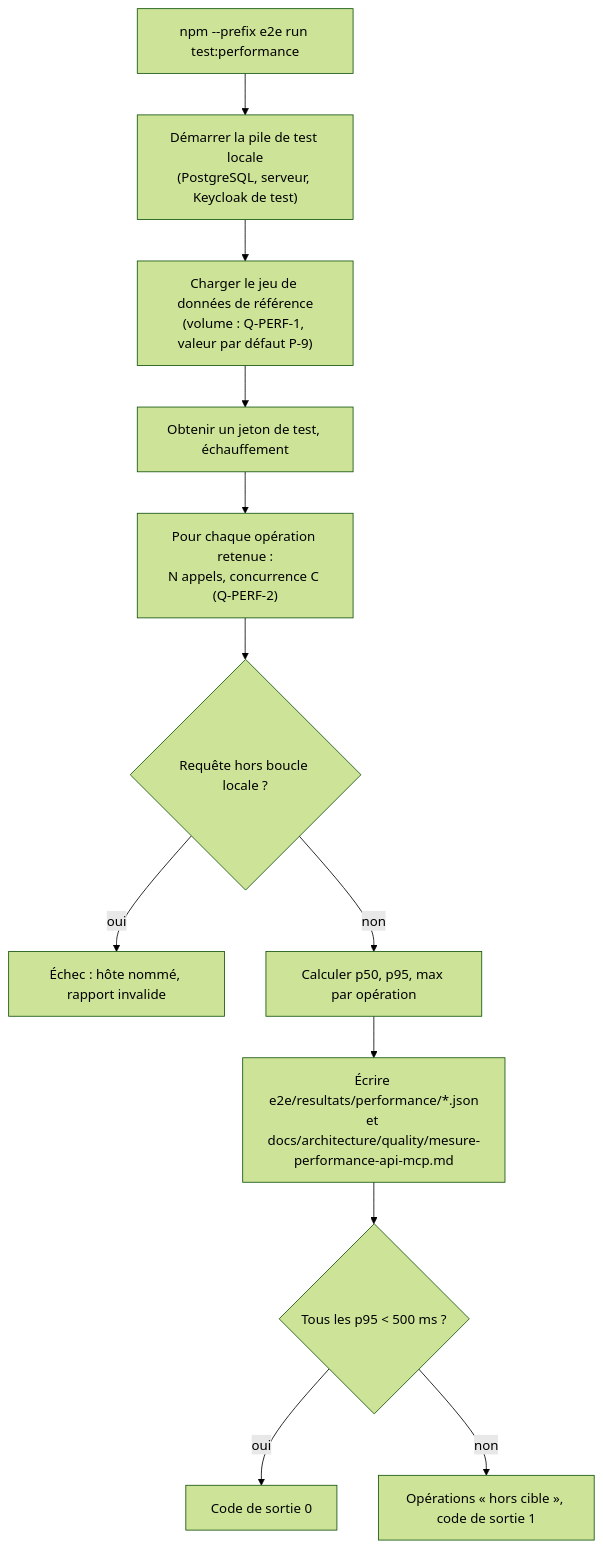
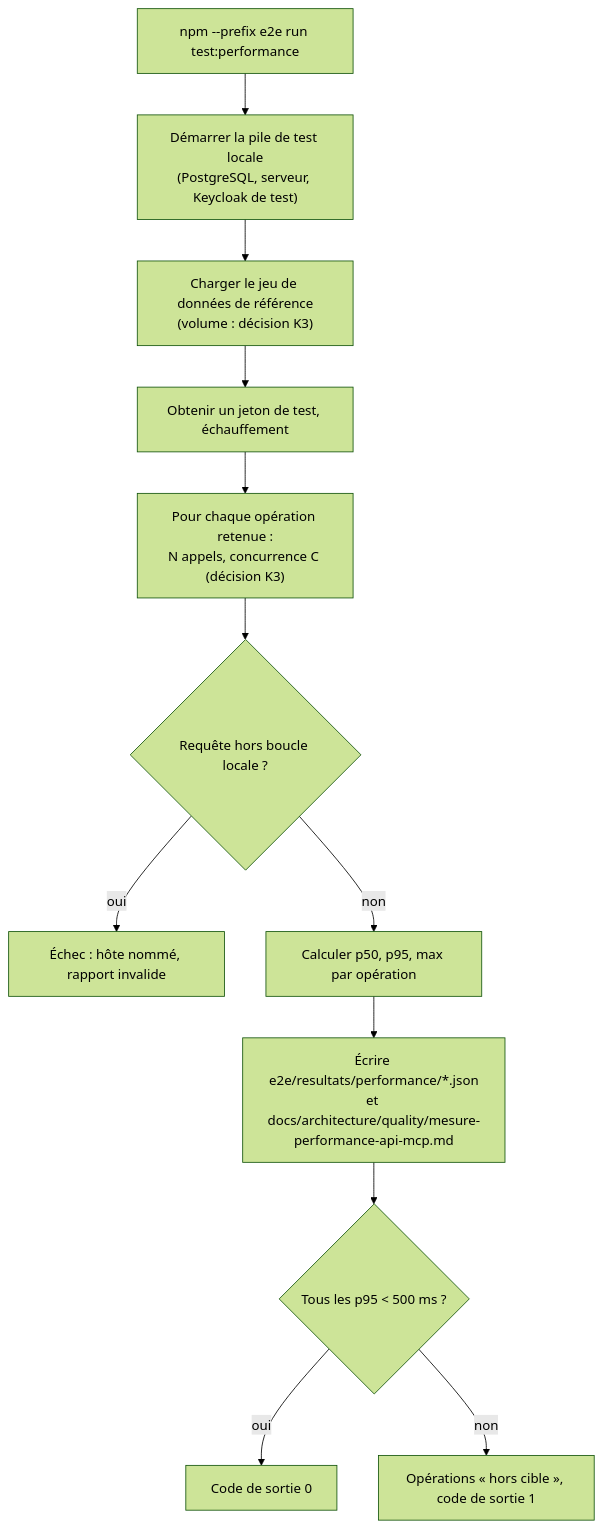
Before and after one commit to FTurleque/argos-tech-platform: the ninth of 9 diagrams in openspec/changes/automatiser-chaine-veille/design.md, drawn with Mermaid (forest theme). The commit also changed other lines of this file and 3 other files, not shown here.

````diff
--- a/openspec/changes/automatiser-chaine-veille/design.md
+++ b/openspec/changes/automatiser-chaine-veille/design.md
@@ -471,14 +471,14 @@
 ```mermaid
 flowchart TD
     A["npm --prefix e2e run test:performance"] --> B["Démarrer la pile de test locale<br/>(PostgreSQL, serveur, Keycloak de test)"]
-    B --> C["Charger le jeu de données de référence<br/>(volume : Q-PERF-1, valeur par défaut P-9)"]
+    B --> C["Charger le jeu de données de référence<br/>(volume : décision K3)"]
     C --> D["Obtenir un jeton de test, échauffement"]
-    D --> E["Pour chaque opération retenue :<br/>N appels, concurrence C (Q-PERF-2)"]
+    D --> E["Pour chaque opération retenue :<br/>N appels, concurrence C (décision K3)"]
     E --> F{"Requête hors boucle locale ?"}
     F -- oui --> X["Échec : hôte nommé, rapport invalide"]
     F -- non --> G["Calculer p50, p95, max par opération"]
     G --> H["Écrire e2e/resultats/performance/*.json<br/>et docs/architecture/quality/mesure-performance-api-mcp.md"]
     H --> I{"Tous les p95 < 500 ms ?"}
     I -- oui --> J["Code de sortie 0"]
     I -- non --> K["Opérations « hors cible », code de sortie 1"]
 ```
````
